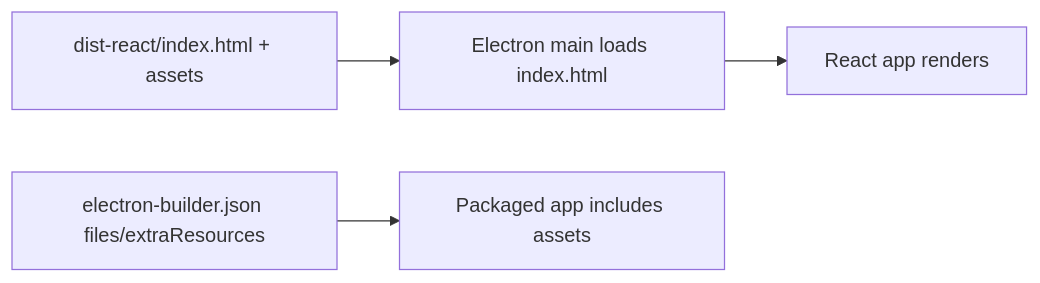
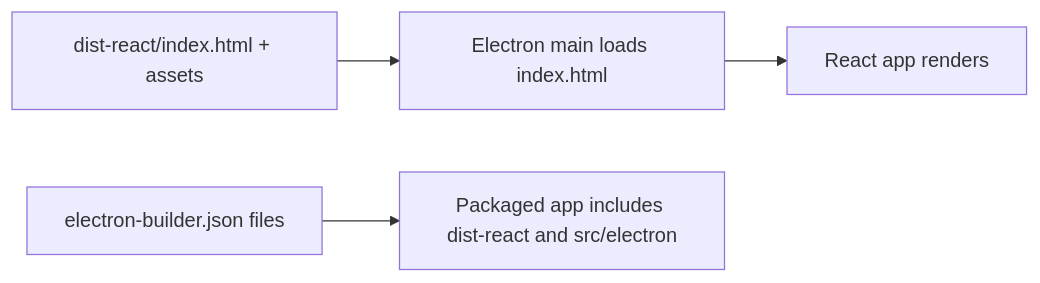
Before and after one commit to tashifkhan/tashif.codes: the ninth of 10 diagrams in src/data/docs/bulk-messaging-system/Desktop Application Architecture/Build System and Distribution.md, drawn with Mermaid. The commit also changed other lines of this file and 2128 other files, not shown here.

First line of the commit message:
docs: replace raster diagram images with native Mermaid across project guides

````diff
--- a/src/data/docs/bulk-messaging-system/Desktop Application Architecture/Build System and Distribution.md
+++ b/src/data/docs/bulk-messaging-system/Desktop Application Architecture/Build System and Distribution.md
@@ -209,6 +210,6 @@
 ```mermaid
 graph LR
 ViteOut["dist-react/index.html + assets"] --> ElectronLoad["Electron main loads index.html"]
 ElectronLoad --> Renderer["React app renders"]
-BuilderCfg["electron-builder.json files/extraResources"] --> Packaged["Packaged app includes assets"]
+BuilderCfg["electron-builder.json files"] --> Packaged["Packaged app includes dist-react and src/electron"]
 ```
````
